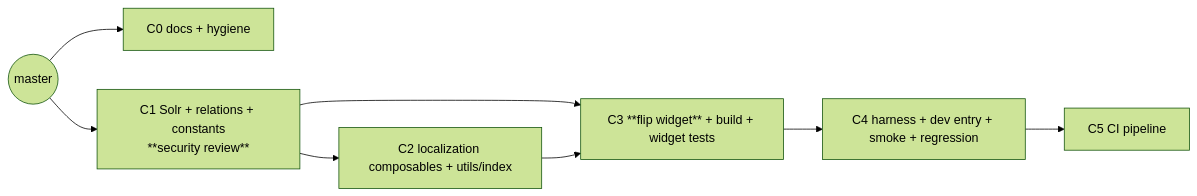
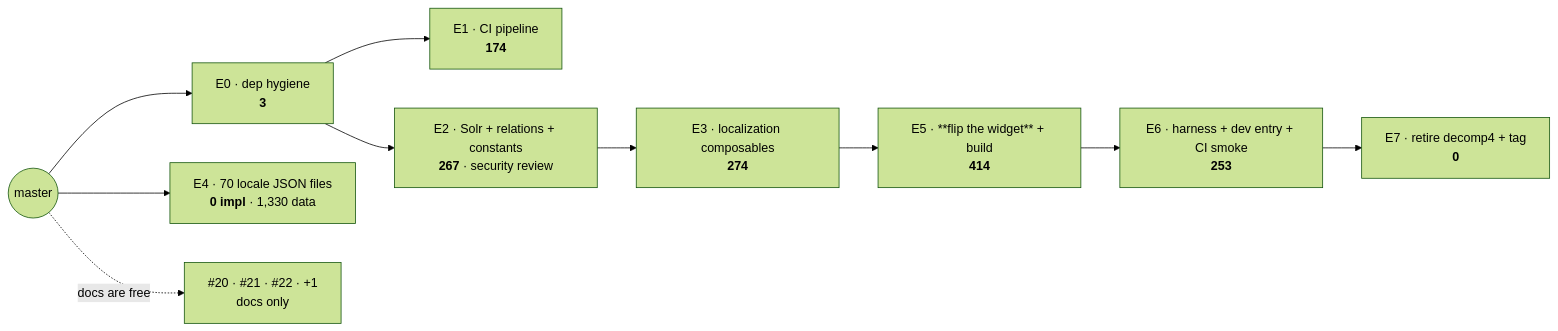
The second of 2 diagrams in docs/decomp-seams.md (scbd/drupal-module-scbd-field-js), drawn with Mermaid (forest theme) before and after one commit. The commit also changed other lines of this file, not shown here.

````diff
--- a/docs/decomp-seams.md
+++ b/docs/decomp-seams.md
@@ -234,10 +93,12 @@
 ```mermaid
 flowchart LR
-  M((master)) --> C0[C0 docs + hygiene]
-  M --> C1[C1 Solr + relations + constants<br/>**security review**]
-  C1 --> C2[C2 localization composables + utils/index]
-  C1 --> C3[C3 **flip widget** + build + widget tests]
-  C2 --> C3
-  C3 --> C4[C4 harness + dev entry + smoke + regression]
-  C4 --> C5[C5 CI pipeline]
+  M((master)) --> E0["E0 · dep hygiene<br/><b>3</b>"]
+  E0 --> E1["E1 · CI pipeline<br/><b>174</b>"]
+  E0 --> E2["E2 · Solr + relations + constants<br/><b>267</b> · security review"]
+  E2 --> E3["E3 · localization composables<br/><b>274</b>"]
+  E3 --> E5["E5 · **flip the widget** + build<br/><b>414</b>"]
+  E5 --> E6["E6 · harness + dev entry + CI smoke<br/><b>253</b>"]
+  E6 --> E7["E7 · retire decomp4 + tag<br/><b>0</b>"]
+  M --> E4["E4 · 70 locale JSON files<br/><b>0 impl</b> · 1,330 data"]
+  M -.docs are free.-> DOCS["#20 · #21 · #22 · +1<br/>docs only"]
 ```
````
